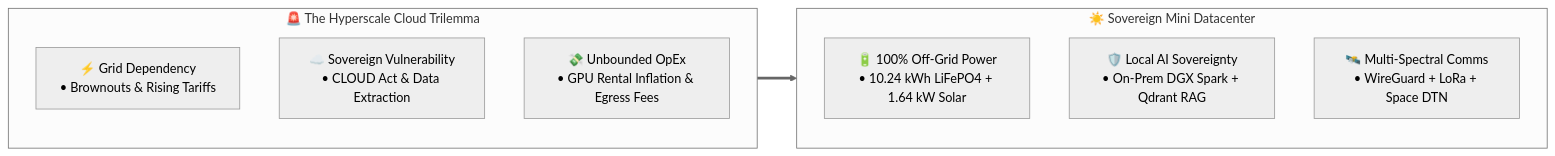
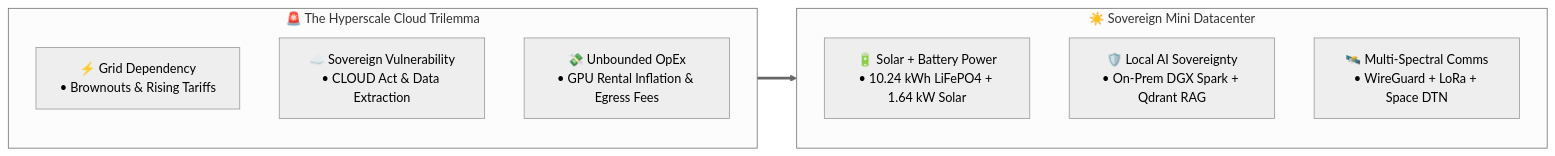
The first of 5 diagrams in COMMERCIALIZATION.md (iliachry/sovereign-mini-datacenter), drawn with Mermaid (neutral theme) before and after one commit. The commit also changed other lines of this file and 174 other files, not shown here.

````diff
--- a/COMMERCIALIZATION.md
+++ b/COMMERCIALIZATION.md
@@ -15,16 +15,16 @@
 ```mermaid
 flowchart LR
     subgraph Problem["🚨 The Hyperscale Cloud Trilemma"]
         P1["⚡ Grid Dependency<br/>• Brownouts & Rising Tariffs"]
         P2["☁️ Sovereign Vulnerability<br/>• CLOUD Act & Data Extraction"]
         P3["💸 Unbounded OpEx<br/>• GPU Rental Inflation & Egress Fees"]
     end
 
     subgraph Solution["☀️ Sovereign Mini Datacenter"]
-        S1["🔋 100% Off-Grid Power<br/>• 10.24 kWh LiFePO4 + 1.64 kW Solar"]
+        S1["🔋 Solar + Battery Power<br/>• 10.24 kWh LiFePO4 + 1.64 kW Solar"]
         S2["🛡️ Local AI Sovereignty<br/>• On-Prem DGX Spark + Qdrant RAG"]
         S3["🛰️ Multi-Spectral Comms<br/>• WireGuard + LoRa + Space DTN"]
     end
 
     Problem ==> Solution
 ```
````
